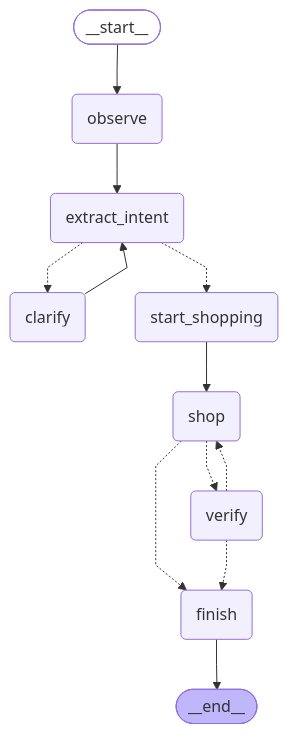
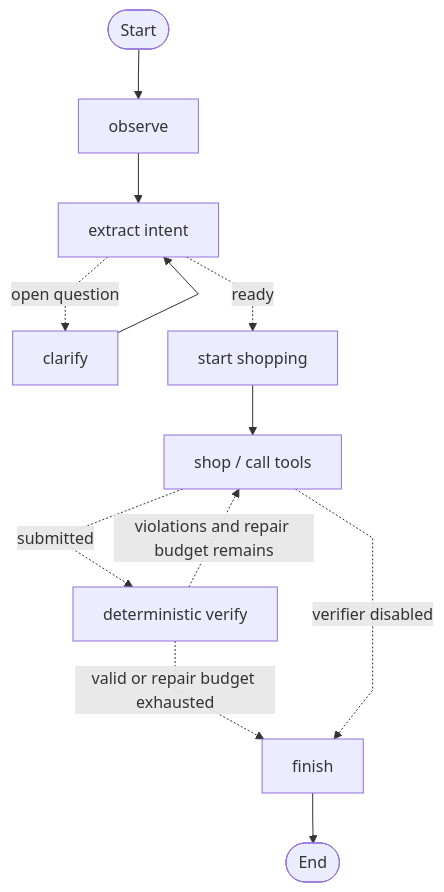
The diagram in outputs/agent_paper/architecture.mmd (frankge777/cs498-grocery-agent), drawn with Mermaid before and after one commit. The commit also changed 10 other files, not shown here.

```diff
--- a/outputs/agent_paper/architecture.mmd
+++ b/outputs/agent_paper/architecture.mmd
@@ -1,29 +1,17 @@
 ---
 config:
   flowchart:
     curve: linear
 ---
-graph TD;
-	__start__([<p>__start__</p>]):::first
-	observe(observe)
-	extract_intent(extract_intent)
-	clarify(clarify)
-	start_shopping(start_shopping)
-	shop(shop)
-	verify(verify)
-	finish(finish)
-	__end__([<p>__end__</p>]):::last
-	__start__ --> observe;
-	clarify --> extract_intent;
-	extract_intent -.-> clarify;
-	extract_intent -.-> start_shopping;
-	observe --> extract_intent;
-	shop -.-> finish;
-	shop -.-> verify;
-	start_shopping --> shop;
-	verify -.-> finish;
-	verify -.-> shop;
-	finish --> __end__;
-	classDef default fill:#f2f0ff,line-height:1.2
-	classDef first fill-opacity:0
-	classDef last fill:#bfb6fc
+flowchart TD
+    start([Start]) --> observe[observe]
+    observe --> extract[extract intent]
+    extract -. open question .-> clarify[clarify]
+    clarify --> extract
+    extract -. ready .-> shopping[start shopping]
+    shopping --> shop[shop / call tools]
+    shop -. submitted .-> verify[deterministic verify]
+    verify -. violations and repair budget remains .-> shop
+    verify -. valid or repair budget exhausted .-> finish[finish]
+    shop -. verifier disabled .-> finish
+    finish --> end_node([End])
```
